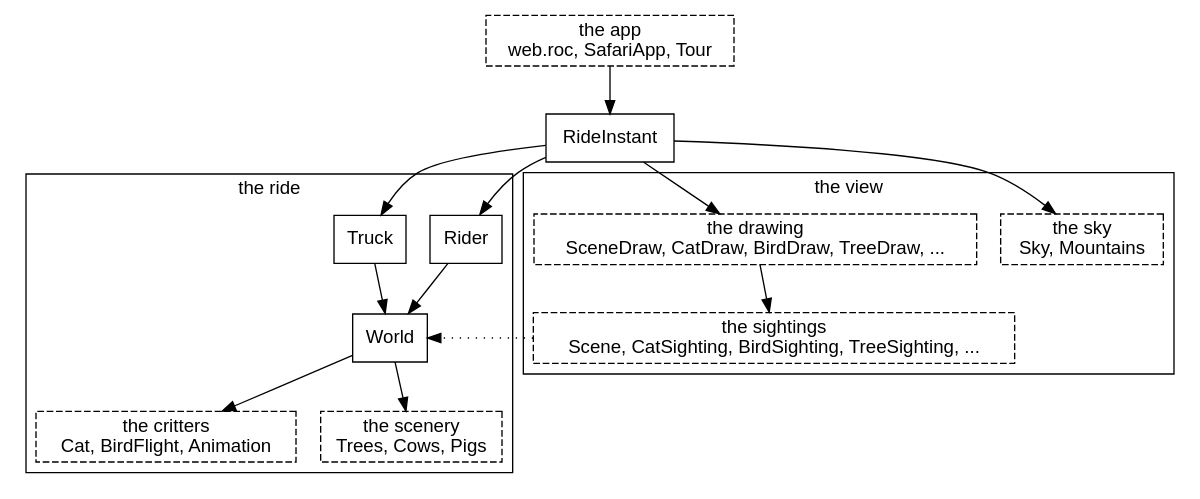
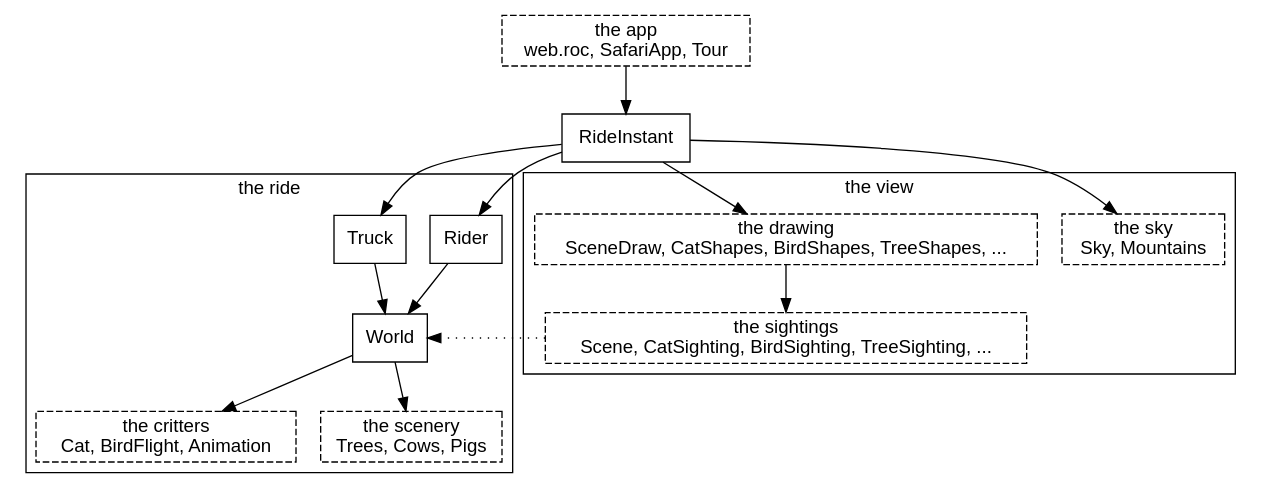
The second of 30 diagrams in canvas_apps/safari/tutorial/tutorial.md (showell/roc-apps), drawn with Graphviz before and after one commit. The commit also changed other lines of this file and 19 other files, not shown here.

````diff
--- a/canvas_apps/safari/tutorial/tutorial.md
+++ b/canvas_apps/safari/tutorial/tutorial.md
@@ -89,30 +89,30 @@
 ```dot
 digraph system {
   node [shape=box, fontname="Helvetica"];
   fontname="Helvetica";
   app [label="the app\nweb.roc, SafariApp, Tour", style=dashed];
   subgraph cluster_ride {
     label="the ride";
     Rider; Truck; World;
     critters [label="the critters\nCat, BirdFlight, Animation", style=dashed];
     scenery [label="the scenery\nTrees, Cows, Pigs", style=dashed];
   }
   subgraph cluster_view {
     label="the view";
     sky [label="the sky\nSky, Mountains", style=dashed];
-    drawing [label="the drawing\nSceneDraw, CatDraw, BirdDraw, TreeDraw, ...", style=dashed];
+    drawing [label="the drawing\nSceneDraw, CatShapes, BirdShapes, TreeShapes, ...", style=dashed];
     sightings [label="the sightings\nScene, CatSighting, BirdSighting, TreeSighting, ...", style=dashed];
   }
   app -> RideInstant;
   RideInstant -> Rider;
   RideInstant -> Truck;
   Rider -> World;
   Truck -> World;
   World -> critters;
   World -> scenery;
   RideInstant -> sky;
   RideInstant -> drawing;
   drawing -> sightings;
   sightings -> World [style=dotted, constraint=false];
 }
 ```
````
